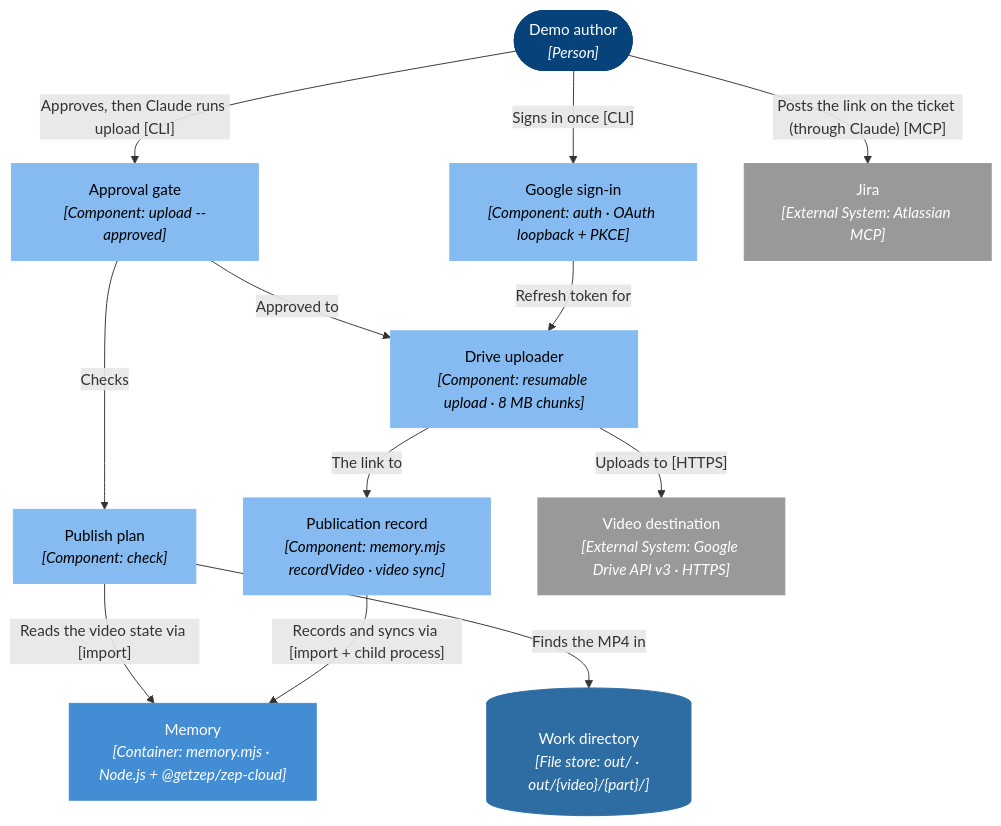
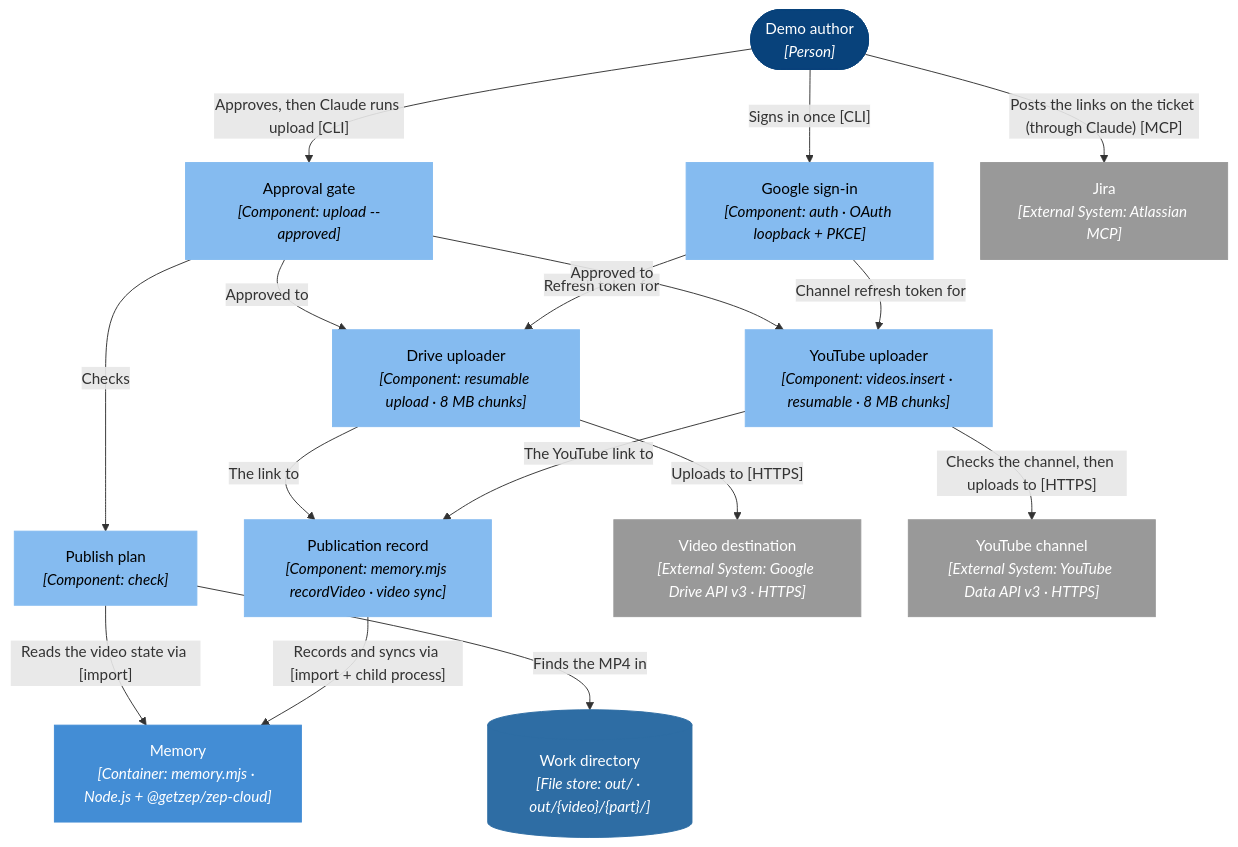
Before and after one commit to ssunduko/product-video: diagram 15 of 16 in docs/C4.md, drawn with Mermaid. The commit also changed other lines of this file and 20 other files, not shown here.

````diff
--- a/docs/C4.md
+++ b/docs/C4.md
@@ -1139,35 +1145,41 @@
 ```mermaid
 flowchart TD
   n0(["Demo author<br/><i>[Person]</i>"])
-  n148["Publish plan<br/><i>[Component: check]</i>"]
-  n149["Google sign-in<br/><i>[Component: auth · OAuth loopback + PKCE]</i>"]
-  n150["Approval gate<br/><i>[Component: upload --approved]</i>"]
-  n151["Drive uploader<br/><i>[Component: resumable upload · 8 MB chunks]</i>"]
-  n152["Publication record<br/><i>[Component: memory.mjs recordVideo · video sync]</i>"]
-  n29[("Work directory<br/><i>[File store: out/ · out/{video}/{part}/]</i>")]
-  n36["Memory<br/><i>[Container: memory.mjs · Node.js + @getzep/zep-cloud]</i>"]
+  n149["Publish plan<br/><i>[Component: check]</i>"]
+  n150["Google sign-in<br/><i>[Component: auth · OAuth loopback + PKCE]</i>"]
+  n151["Approval gate<br/><i>[Component: upload --approved]</i>"]
+  n152["Drive uploader<br/><i>[Component: resumable upload · 8 MB chunks]</i>"]
+  n153["YouTube uploader<br/><i>[Component: videos.insert · resumable · 8 MB chunks]</i>"]
+  n154["Publication record<br/><i>[Component: memory.mjs recordVideo · video sync]</i>"]
+  n30[("Work directory<br/><i>[File store: out/ · out/{video}/{part}/]</i>")]
+  n37["Memory<br/><i>[Container: memory.mjs · Node.js + @getzep/zep-cloud]</i>"]
   n12["Video destination<br/><i>[External System: Google Drive API v3 · HTTPS]</i>"]
+  n14["YouTube channel<br/><i>[External System: YouTube Data API v3 · HTTPS]</i>"]
   n13["Jira<br/><i>[External System: Atlassian MCP]</i>"]
-  n0 -->|"Signs in once [CLI]"| n149
-  n0 -->|"Approves, then Claude runs upload [CLI]"| n150
-  n150 -->|"Checks"| n148
-  n148 -->|"Reads the video state via [import]"| n36
-  n148 -->|"Finds the MP4 in"| n29
-  n150 -->|"Approved to"| n151
-  n149 -->|"Refresh token for"| n151
-  n151 -->|"Uploads to [HTTPS]"| n12
-  n151 -->|"The link to"| n152
-  n152 -->|"Records and syncs via [import + child process]"| n36
-  n0 -->|"Posts the link on the ticket (through Claude) [MCP]"| n13
+  n0 -->|"Signs in once [CLI]"| n150
+  n0 -->|"Approves, then Claude runs upload [CLI]"| n151
+  n151 -->|"Checks"| n149
+  n149 -->|"Reads the video state via [import]"| n37
+  n149 -->|"Finds the MP4 in"| n30
+  n151 -->|"Approved to"| n152
+  n150 -->|"Refresh token for"| n152
+  n152 -->|"Uploads to [HTTPS]"| n12
+  n152 -->|"The link to"| n154
+  n151 -->|"Approved to"| n153
+  n150 -->|"Channel refresh token for"| n153
+  n153 -->|"Checks the channel, then uploads to [HTTPS]"| n14
+  n153 -->|"The YouTube link to"| n154
+  n154 -->|"Records and syncs via [import + child process]"| n37
+  n0 -->|"Posts the links on the ticket (through Claude) [MCP]"| n13
   classDef person fill:#08427b,stroke:#08427b,color:#ffffff;
   classDef system fill:#1168bd,stroke:#1168bd,color:#ffffff;
   classDef external fill:#999999,stroke:#999999,color:#ffffff;
   classDef container fill:#438dd5,stroke:#438dd5,color:#ffffff;
   classDef store fill:#2e6da4,stroke:#2e6da4,color:#ffffff;
   classDef component fill:#85bbf0,stroke:#85bbf0,color:#000000;
   class n0 person;
-  class n12,n13 external;
-  class n36 container;
-  class n29 store;
-  class n148,n149,n150,n151,n152 component;
+  class n12,n14,n13 external;
+  class n37 container;
+  class n30 store;
+  class n149,n150,n151,n152,n153,n154 component;
 ```
````
